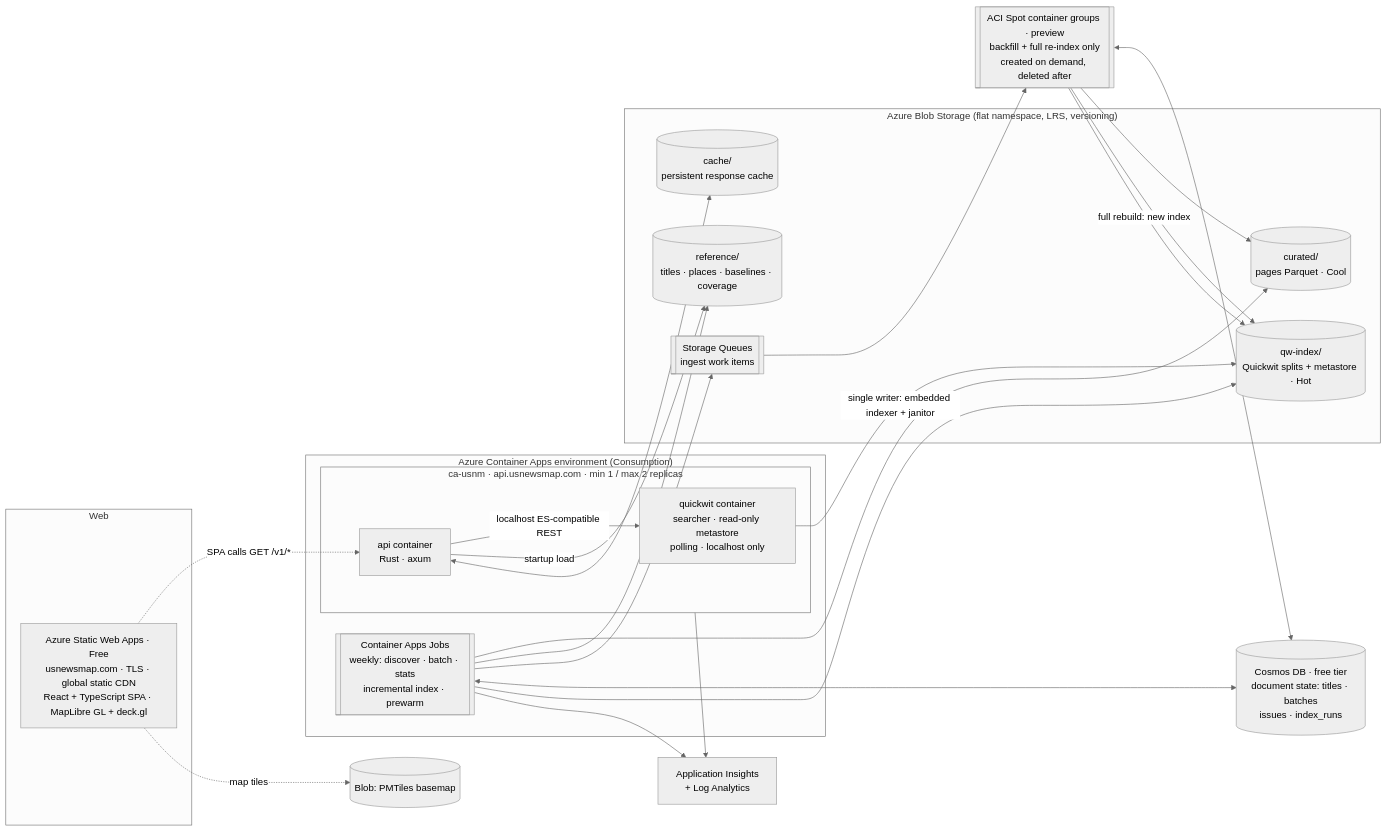
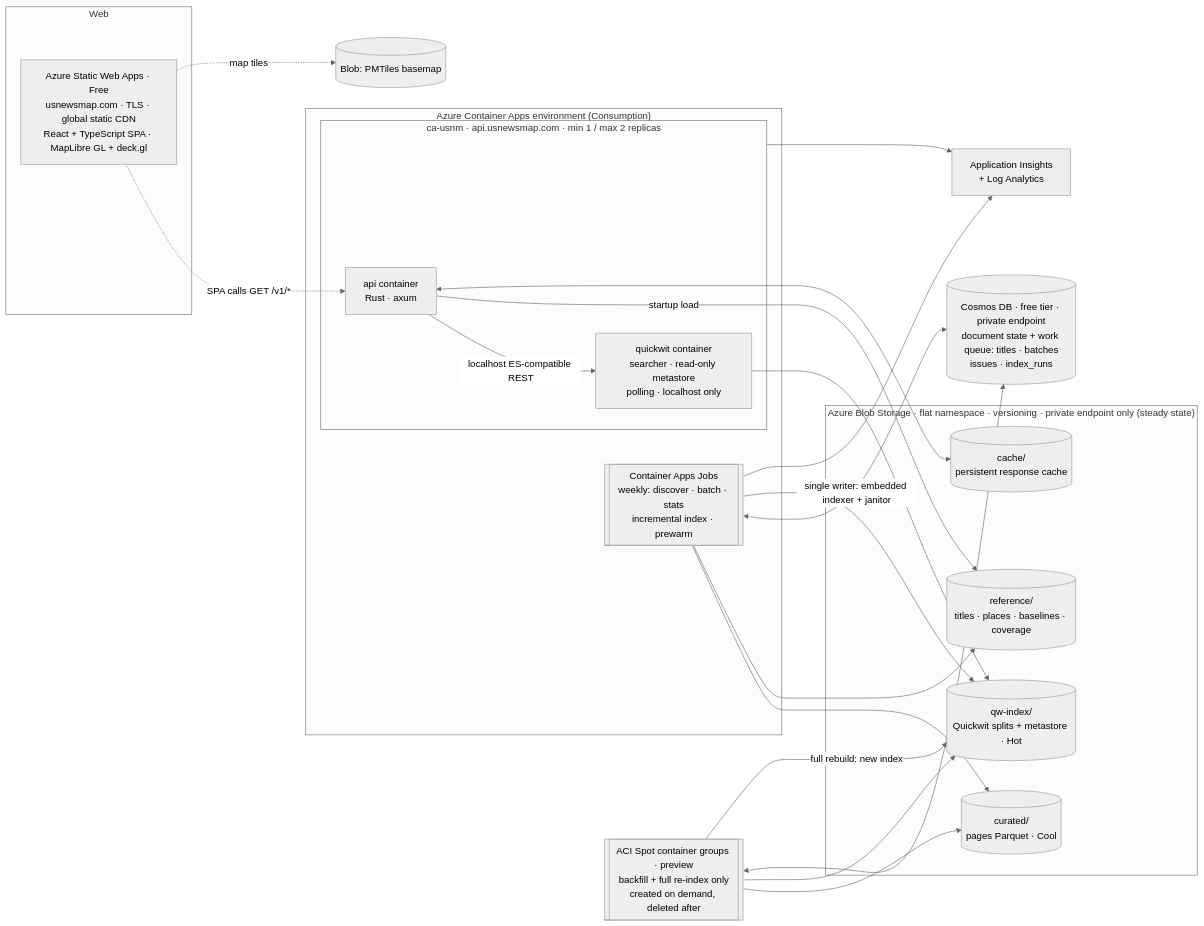
One commit to tgoodyear/usnewsmap.com changed the second of 4 diagrams in docs/design/03-architecture-overview.md. Above: the diagram before and after it, drawn with Mermaid (neutral theme). The commit also changed other lines of this file and 12 other files, not shown here.

````diff
--- a/docs/design/03-architecture-overview.md
+++ b/docs/design/03-architecture-overview.md
@@ -37,39 +37,37 @@
 ```mermaid
 flowchart LR
   subgraph Web
     SWA[Azure Static Web Apps · Free<br/>usnewsmap.com · TLS · global static CDN<br/>React + TypeScript SPA · MapLibre GL + deck.gl]
   end
   subgraph "Azure Container Apps environment (Consumption)"
     subgraph APP["ca-usnm · api.usnewsmap.com · min 1 / max 2 replicas"]
       API[api container<br/>Rust · axum]
       QW[quickwit container<br/>searcher · read-only metastore<br/>polling · localhost only]
     end
     JOBS[[Container Apps Jobs<br/>weekly: discover · batch · stats<br/>incremental index · prewarm]]
   end
   SPOT[[ACI Spot container groups · preview<br/>backfill + full re-index only<br/>created on demand, deleted after]]
-  subgraph Storage["Azure Blob Storage (flat namespace, LRS, versioning)"]
+  subgraph Storage["Azure Blob Storage · flat namespace · versioning · private endpoint only (steady state)"]
     CUR[(curated/<br/>pages Parquet · Cool)]
     REF[(reference/<br/>titles · places · baselines · coverage)]
     IDX[(qw-index/<br/>Quickwit splits + metastore · Hot)]
     CACHE[(cache/<br/>persistent response cache)]
-    Q[[Storage Queues<br/>ingest work items]]
   end
   TILES[(Blob: PMTiles basemap)]
-  COS[(Cosmos DB · free tier<br/>document state: titles · batches<br/>issues · index_runs)]
+  COS[(Cosmos DB · free tier · private endpoint<br/>document state + work queue: titles · batches<br/>issues · index_runs)]
   AI[Application Insights<br/>+ Log Analytics]
 
   SWA -. SPA calls GET /v1/* .-> API
   SWA -. map tiles .-> TILES
   API -->|localhost ES-compatible REST| QW
   API -->|startup load| REF
   API <--> CACHE
   QW --> IDX
-  JOBS --> CUR & REF & Q
+  JOBS --> CUR & REF
   JOBS <--> COS
   SPOT --> CUR & IDX
   SPOT <--> COS
-  Q --> SPOT
   JOBS -->|single writer: embedded indexer + janitor| IDX
   SPOT -->|full rebuild: new index| IDX
   APP & JOBS --> AI
 ```
````
